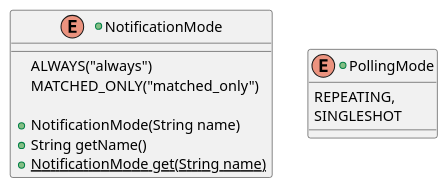
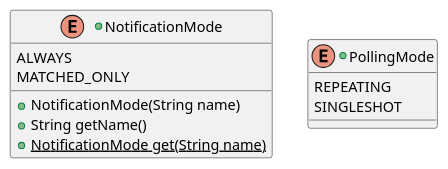
One commit to calypsonet/keyple changed diagram 31 of 42 in src/KeypleCoreApi/ApplicationApi/puml/KeypleCore-ApplicationApi-ClassDiag-SE_Proxy-ClassElements.iuml. Above: the diagram before and after it, drawn with PlantUML. The commit also changed other lines of this file and 36 other files, not shown here.

```diff
--- a/src/KeypleCoreApi/ApplicationApi/puml/KeypleCore-ApplicationApi-ClassDiag-SE_Proxy-ClassElements.iuml
+++ b/src/KeypleCoreApi/ApplicationApi/puml/KeypleCore-ApplicationApi-ClassDiag-SE_Proxy-ClassElements.iuml
@@ -337,15 +364,14 @@
 @startuml(id=SEPROXY_READERNOTIFICATION)
 +enum NotificationMode {
-  ALWAYS("always")
-  MATCHED_ONLY("matched_only")
-
+  ALWAYS
+  MATCHED_ONLY
   +NotificationMode(String name)
   +String getName()
   +{static}NotificationMode get(String name)
 }
 
 +enum PollingMode {
-  REPEATING,
+  REPEATING
   SINGLESHOT
 }
 @enduml
```
